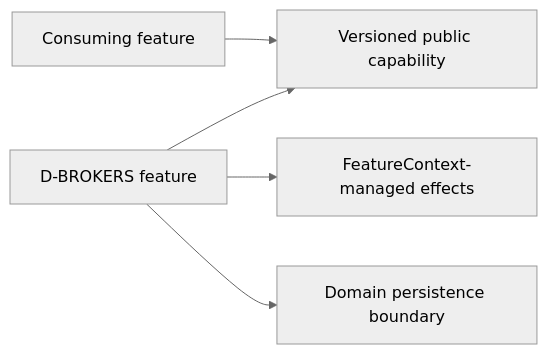
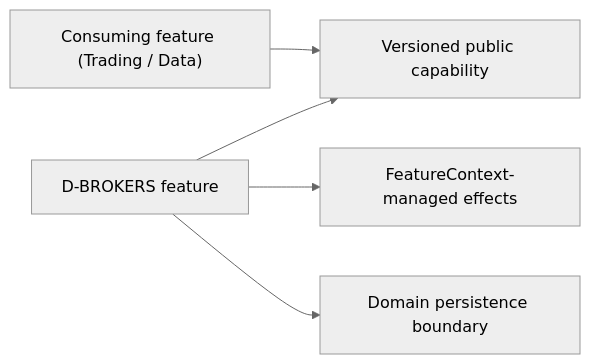
Before and after one commit to haruperi/HaruQuantAI: the diagram in app/services/brokers/README.md, drawn with Mermaid (neutral theme). The commit also changed other lines of this file and 2 other files, not shown here.

First line of the commit message:
docs(brokers): align domain specification with SQX Data Manager providers

````diff
--- a/app/services/brokers/README.md
+++ b/app/services/brokers/README.md
@@ -110,7 +128,7 @@
 ```mermaid
 flowchart LR
-    Consumer["Consuming feature"] --> Contract["Versioned public capability"]
+    Consumer["Consuming feature (Trading / Data)"] --> Contract["Versioned public capability"]
     Provider["D-BROKERS feature"] --> Contract
     Provider --> Context["FeatureContext-managed effects"]
     Provider --> Persistence["Domain persistence boundary"]
 ```
````
